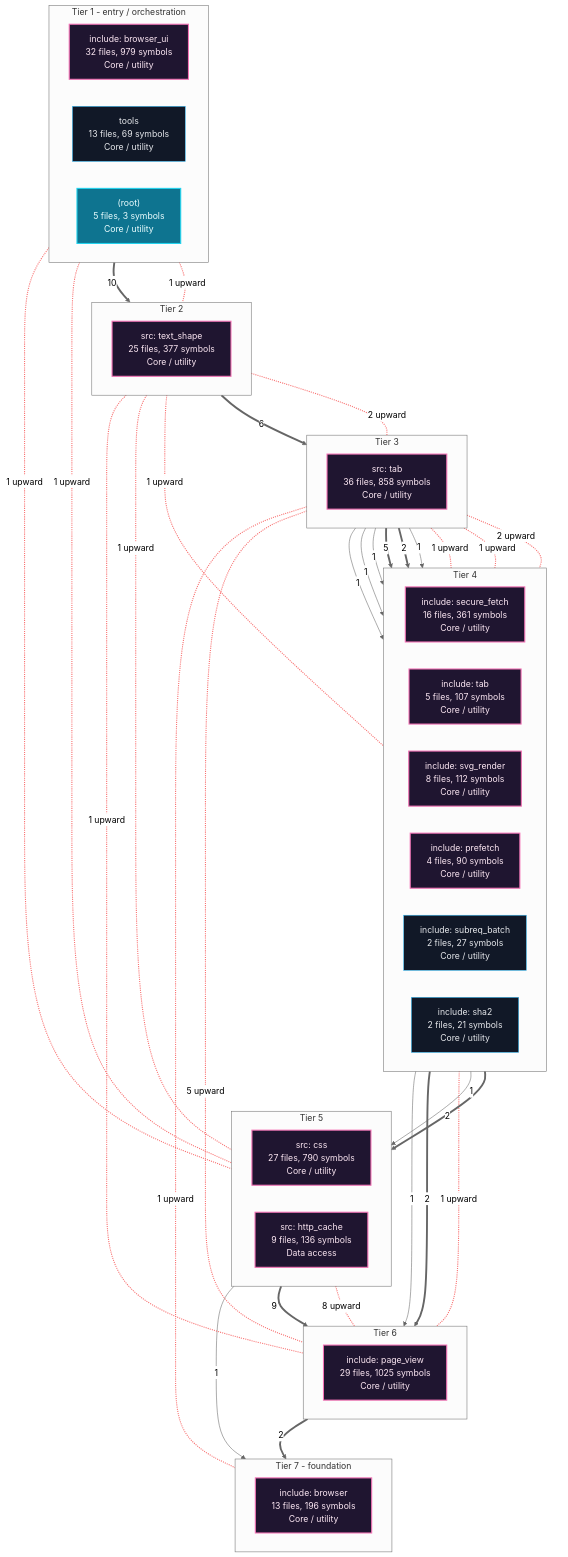
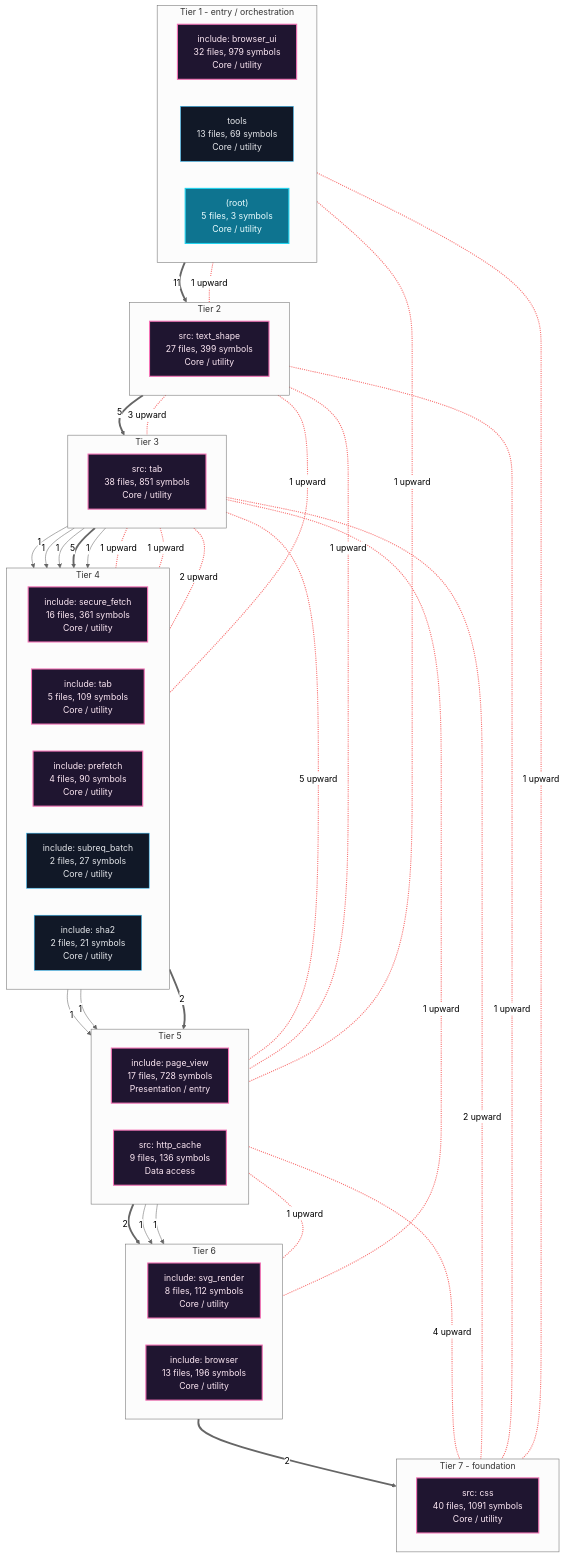
One commit to grisuno/FreeDom changed the first of 6 diagrams in readmenator-apidocs/architecture.md. Above: the diagram before and after it, drawn with Mermaid (neutral theme). The commit also changed other lines of this file and 248 other files, not shown here.

````diff
--- a/readmenator-apidocs/architecture.md
+++ b/readmenator-apidocs/architecture.md
@@ -11,78 +11,78 @@
 ```mermaid
 flowchart TB
     classDef cycle fill:#1f1530,stroke:#f472b6,color:#fce7f3,stroke-width:2px;
     classDef default fill:#111827,stroke:#38bdf8,color:#e5e7eb;
     classDef entry fill:#0e7490,stroke:#22d3ee,color:#ecfeff,stroke-width:2px;
     subgraph lane_0["Tier 1 - entry / orchestration"]
         direction LR
-        n_c1["include: browser_ui<br/>32 files, 979 symbols<br/>Core / utility"]:::cycle
+        n_c2["include: browser_ui<br/>32 files, 979 symbols<br/>Core / utility"]:::cycle
         n_d_tools["tools<br/>13 files, 69 symbols<br/>Core / utility"]:::default
         n_d__root_["(root)<br/>5 files, 3 symbols<br/>Core / utility"]:::entry
     end
     subgraph lane_1["Tier 2"]
         direction LR
-        n_c4["src: text_shape<br/>25 files, 377 symbols<br/>Core / utility"]:::cycle
+        n_c3["src: text_shape<br/>27 files, 399 symbols<br/>Core / utility"]:::cycle
     end
     subgraph lane_2["Tier 3"]
         direction LR
-        n_c0["src: tab<br/>36 files, 858 symbols<br/>Core / utility"]:::cycle
+        n_c1["src: tab<br/>38 files, 851 symbols<br/>Core / utility"]:::cycle
     end
     subgraph lane_3["Tier 4"]
         direction LR
         n_c5["include: secure_fetch<br/>16 files, 361 symbols<br/>Core / utility"]:::cycle
-        n_c9["include: tab<br/>5 files, 107 symbols<br/>Core / utility"]:::cycle
-        n_c8["include: svg_render<br/>8 files, 112 symbols<br/>Core / utility"]:::cycle
+        n_c9["include: tab<br/>5 files, 109 symbols<br/>Core / utility"]:::cycle
         n_c10["include: prefetch<br/>4 files, 90 symbols<br/>Core / utility"]:::cycle
         n_c12["include: subreq_batch<br/>2 files, 27 symbols<br/>Core / utility"]:::default
         n_c11["include: sha2<br/>2 files, 21 symbols<br/>Core / utility"]:::default
     end
     subgraph lane_4["Tier 5"]
         direction LR
-        n_c3["src: css<br/>27 files, 790 symbols<br/>Core / utility"]:::cycle
+        n_c4["include: page_view<br/>17 files, 728 symbols<br/>Presentation / entry"]:::cycle
         n_c7["src: http_cache<br/>9 files, 136 symbols<br/>Data access"]:::cycle
     end
     subgraph lane_5["Tier 6"]
         direction LR
-        n_c2["include: page_view<br/>29 files, 1025 symbols<br/>Core / utility"]:::cycle
+        n_c8["include: svg_render<br/>8 files, 112 symbols<br/>Core / utility"]:::cycle
+        n_c6["include: browser<br/>13 files, 196 symbols<br/>Core / utility"]:::cycle
     end
     subgraph lane_6["Tier 7 - foundation"]
         direction LR
-        n_c6["include: browser<br/>13 files, 196 symbols<br/>Core / utility"]:::cycle
+        n_c0["src: css<br/>40 files, 1091 symbols<br/>Core / utility"]:::cycle
     end
-    n_c0 -->|"1"| n_c10
-    n_c0 -->|"1"| n_c11
-    n_c0 -->|"1"| n_c12
-    n_c0 ==>|"5"| n_c5
-    n_c0 ==>|"2"| n_c8
-    n_c0 -->|"1"| n_c9
-    n_c1 ==>|"10"| n_c4
-    n_c2 ==>|"2"| n_c6
-    n_c3 ==>|"9"| n_c2
-    n_c4 ==>|"6"| n_c0
-    n_c5 -->|"1"| n_c2
+    n_c1 -->|"1"| n_c10
+    n_c1 -->|"1"| n_c11
+    n_c1 -->|"1"| n_c12
+    n_c1 ==>|"5"| n_c5
+    n_c1 -->|"1"| n_c9
+    n_c2 ==>|"11"| n_c3
+    n_c3 ==>|"5"| n_c1
+    n_c4 ==>|"2"| n_c6
+    n_c4 -->|"1"| n_c8
+    n_c5 -->|"1"| n_c4
     n_c5 -->|"1"| n_c7
     n_c7 -->|"1"| n_c6
-    n_c8 ==>|"2"| n_c3
-    n_c9 ==>|"2"| n_c2
-    n_c4 <-.-|"2 upward"| n_c0
-    n_c0 <-.-|"1 upward"| n_c10
-    n_c0 <-.-|"5 upward"| n_c2
-    n_c3 <-.-|"8 upward"| n_c2
-    n_c4 <-.-|"1 upward"| n_c2
-    n_c8 <-.-|"1 upward"| n_c2
-    n_c1 <-.-|"1 upward"| n_c3
-    n_c4 <-.-|"1 upward"| n_c3
-    n_c1 <-.-|"1 upward"| n_c4
-    n_c0 <-.-|"1 upward"| n_c5
-    n_c4 <-.-|"1 upward"| n_c5
-    n_c0 <-.-|"1 upward"| n_c6
-    n_c1 <-.-|"1 upward"| n_c7
-    n_c0 <-.-|"2 upward"| n_c9
-    linkStyle 15,16,17,18,19,20,21,22,23,24,25,26,27,28 stroke:#f87171,stroke-width:2px;
-    n_c1 ~~~ n_c4
-    n_c4 ~~~ n_c0
-    n_c0 ~~~ n_c5
-    n_c5 ~~~ n_c3
-    n_c3 ~~~ n_c2
-    n_c2 ~~~ n_c6
+    n_c8 ==>|"2"| n_c0
+    n_c9 ==>|"2"| n_c4
+    n_c1 <-.-|"2 upward"| n_c0
+    n_c2 <-.-|"1 upward"| n_c0
+    n_c3 <-.-|"1 upward"| n_c0
+    n_c4 <-.-|"4 upward"| n_c0
+    n_c3 <-.-|"3 upward"| n_c1
+    n_c1 <-.-|"1 upward"| n_c10
+    n_c2 <-.-|"1 upward"| n_c3
+    n_c1 <-.-|"5 upward"| n_c4
+    n_c3 <-.-|"1 upward"| n_c4
+    n_c1 <-.-|"1 upward"| n_c5
+    n_c3 <-.-|"1 upward"| n_c5
+    n_c1 <-.-|"1 upward"| n_c6
+    n_c2 <-.-|"1 upward"| n_c7
+    n_c4 <-.-|"1 upward"| n_c8
+    n_c1 <-.-|"2 upward"| n_c9
+    linkStyle 14,15,16,17,18,19,20,21,22,23,24,25,26,27,28 stroke:#f87171,stroke-width:2px;
+    n_c2 ~~~ n_c3
+    n_c3 ~~~ n_c1
+    n_c1 ~~~ n_c5
+    n_c5 ~~~ n_c4
+    n_c4 ~~~ n_c8
+    n_c8 ~~~ n_c0
 ```
````
